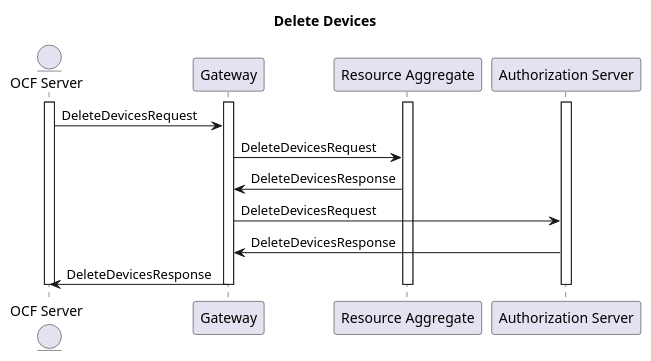
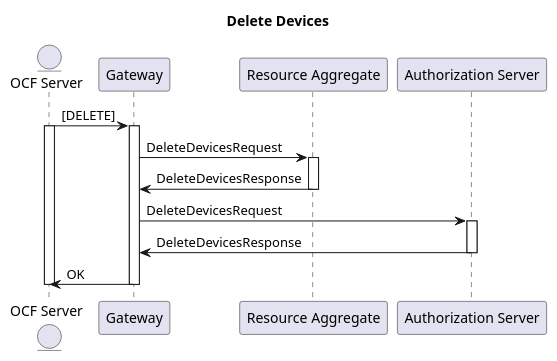
Before and after one commit to plgd-dev/hub: diagram 11 of 11 in resource-aggregate/.plantuml, drawn with PlantUML. The commit also changed 4 other files, not shown here.

```diff
--- a/resource-aggregate/.plantuml
+++ b/resource-aggregate/.plantuml
@@ -301,23 +301,23 @@
 @startuml
 title "Delete Devices"
 
 entity "OCF Server" as Server
 participant "Gateway" as Gateway
 participant "Resource Aggregate" as ResourceAggregate
 participant "Authorization Server" as AuthServer
 
-activate ResourceAggregate
+Server -> Gateway : [DELETE]
 activate Server
 activate Gateway
+Gateway-> ResourceAggregate : DeleteDevicesRequest
+activate ResourceAggregate
+ResourceAggregate -> Gateway : DeleteDevicesResponse
+deactivate ResourceAggregate
+Gateway -> AuthServer : DeleteDevicesRequest
 activate AuthServer
-Server -> Gateway : DeleteDevicesRequest
-Gateway-> ResourceAggregate : DeleteDevicesRequest
-ResourceAggregate -> Gateway : DeleteDevicesResponse
-Gateway -> AuthServer : DeleteDevicesRequest
 AuthServer -> Gateway : DeleteDevicesResponse
-Gateway -> Server : DeleteDevicesResponse
 deactivate AuthServer
+Gateway -> Server : OK
 deactivate Gateway
-deactivate ResourceAggregate
 deactivate Server
 @enduml
```
